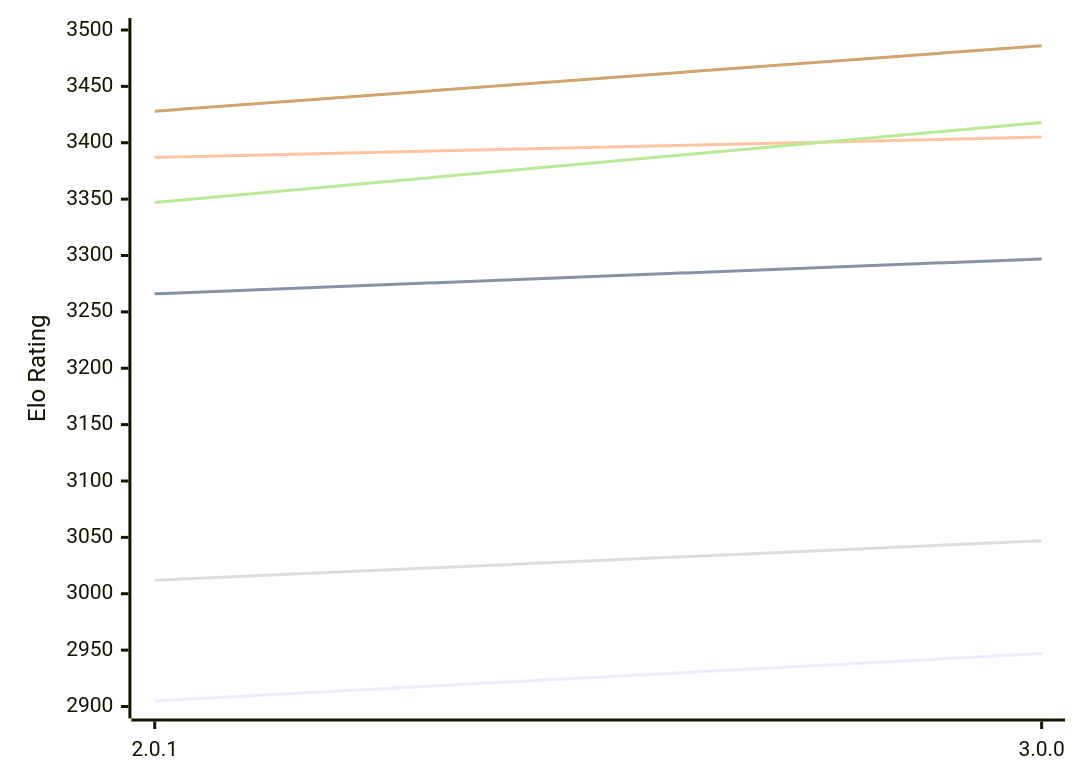
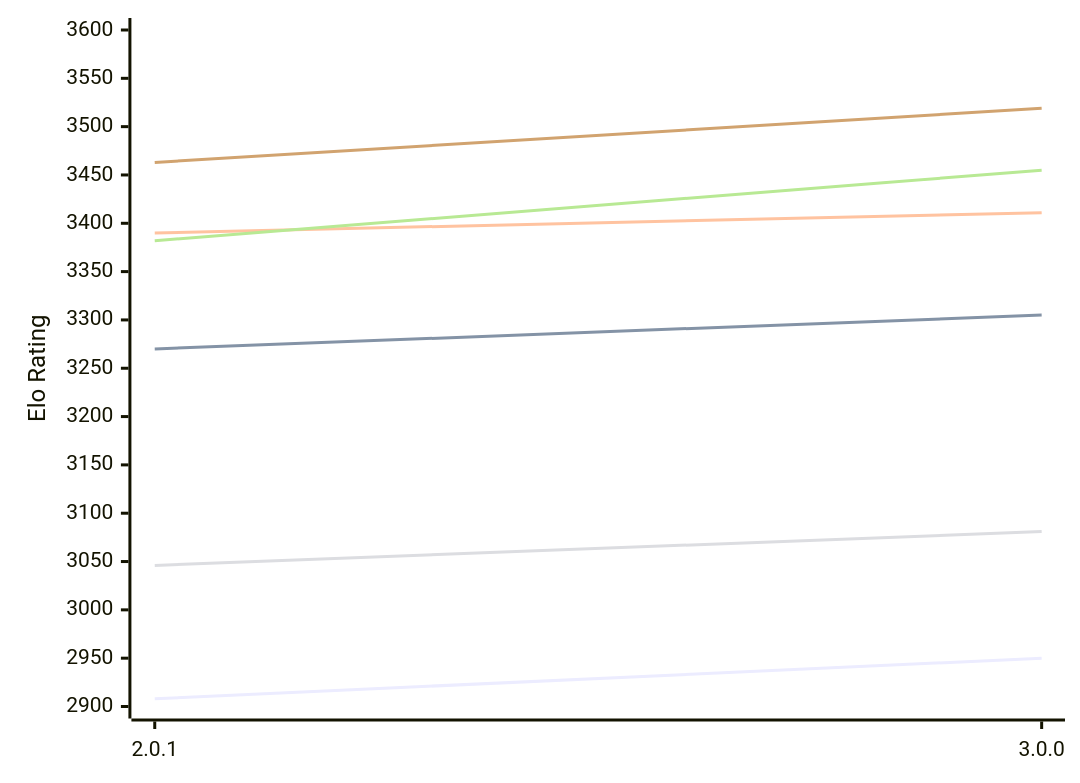
One commit to computer-chess-index/cci changed the first of 2 diagrams in engines/Grail.md. Above: the diagram before and after it, drawn with Mermaid. The commit also changed other lines of this file, not shown here.

Commit message:
Update CCI Ratings (ELO VLTC) - 2026-11-01

````diff
--- a/engines/Grail.md
+++ b/engines/Grail.md
@@ -56,12 +56,12 @@
 ```mermaid
 %%{init: {"theme":"base","themeVariables":{"seriesColors:['#a3a3a3','#222221','#faa371']}}}%%
 xychart-beta
   x-axis ["2.0.1", "3.0.0"]
-  y-axis "Elo Rating" 2900 --> 3500
-  line "E1: STC (8.0+0.08s)" [2905, 2947]
-  line "E1: LTC (60.0+0.60s)" [3266, 3297]
-  line "E1: VLTC (2m24s+1.12s)" [3387, 3405]
-  line "P1: STC (8.0+0.08s)" [3012, 3047]
-  line "P1: LTC (60.0+0.60s)" [3347, 3418]
-  line "P1: VLTC (2m24s+1.12s)" [3428, 3486]
+  y-axis "Elo Rating" 2900 --> 3600
+  line "E1: STC (8.0+0.08s)" [2908, 2950]
+  line "E1: LTC (60.0+0.60s)" [3270, 3305]
+  line "E1: VLTC (2m24s+1.12s)" [3390, 3411]
+  line "P1: STC (8.0+0.08s)" [3046, 3081]
+  line "P1: LTC (60.0+0.60s)" [3382, 3455]
+  line "P1: VLTC (2m24s+1.12s)" [3463, 3519]
 ```
````
